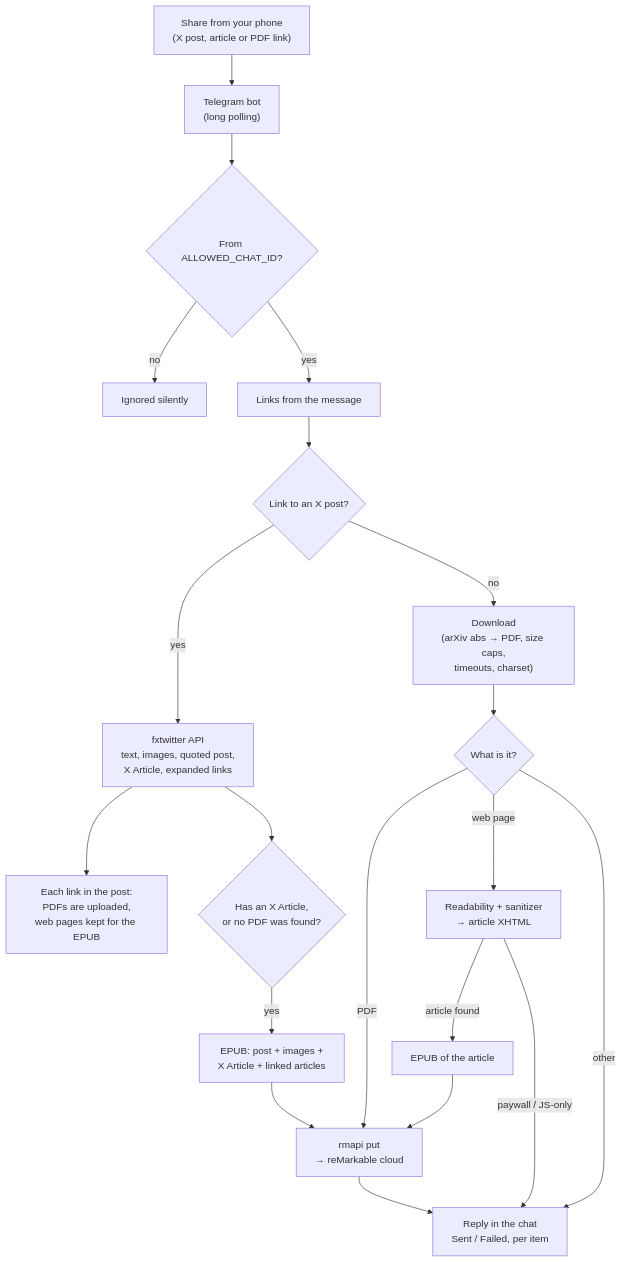
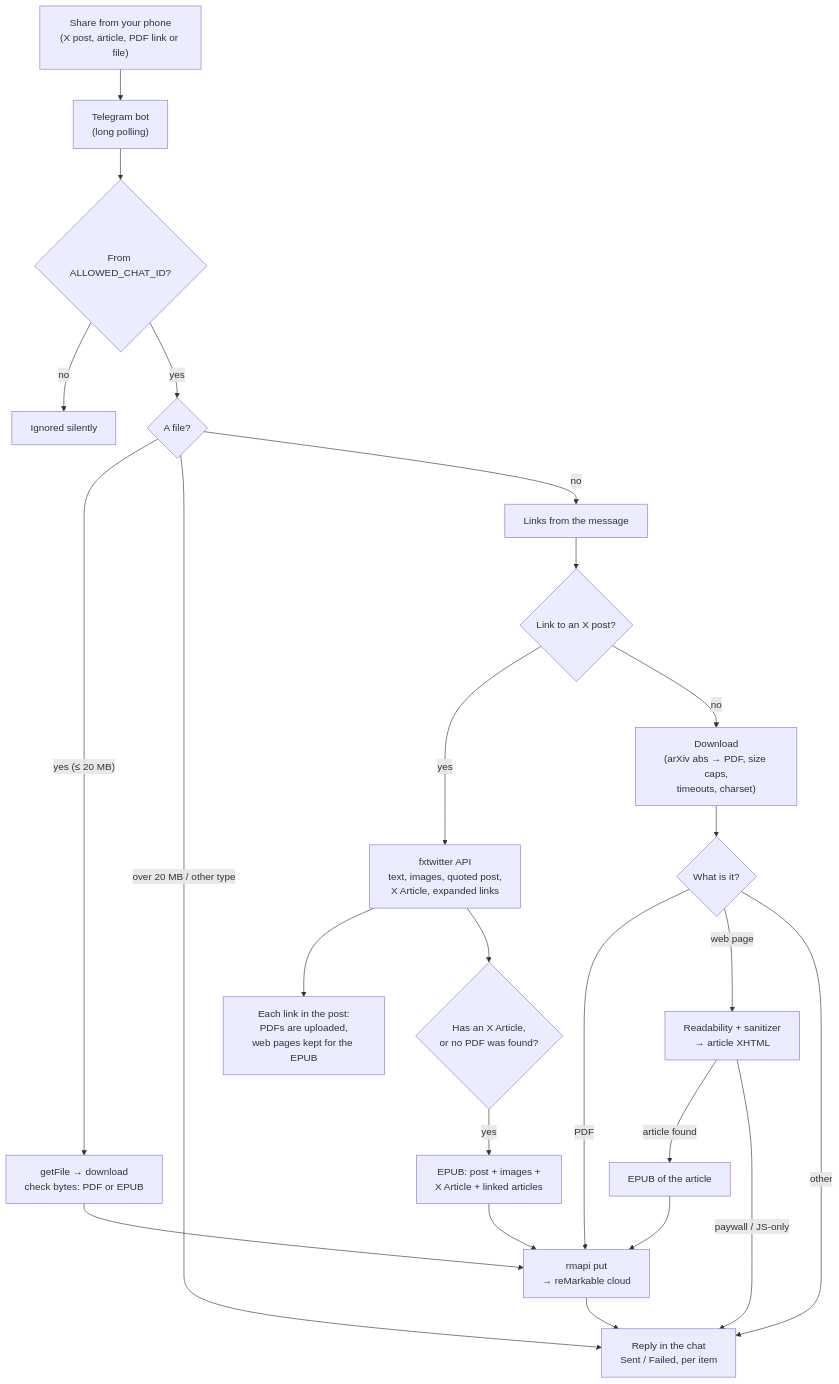
Before and after one commit to lucaslimafons/tweet2remarkable: the first of 2 diagrams in README.md, drawn with Mermaid. The commit also changed other lines of this file, not shown here.

Commit message:
docs: add files sent to the bot to the README

````diff
--- a/README.md
+++ b/README.md
@@ -11,24 +11,28 @@
 ```mermaid
 flowchart TD
-    share["Share from your phone<br/>(X post, article or PDF link)"] --> bot["Telegram bot<br/>(long polling)"]
+    share["Share from your phone<br/>(X post, article, PDF link or file)"] --> bot["Telegram bot<br/>(long polling)"]
     bot --> owner{"From ALLOWED_CHAT_ID?"}
     owner -- no --> ignore["Ignored silently"]
-    owner -- yes --> links["Links from the message"]
+    owner -- yes --> isFile{"A file?"}
+    isFile -- "yes (≤ 20 MB)" --> getFile["getFile → download<br/>check bytes: PDF or EPUB"]
+    getFile --> upload
+    isFile -- "over 20 MB / other type" --> reply
+    isFile -- "no" --> links["Links from the message"]
     links --> isX{"Link to an X post?"}
 
     isX -- yes --> fx["fxtwitter API<br/>text, images, quoted post,<br/>X Article, expanded links"]
     fx --> postLinks["Each link in the post:<br/>PDFs are uploaded,<br/>web pages kept for the EPUB"]
     fx --> wantEpub{"Has an X Article,<br/>or no PDF was found?"}
     wantEpub -- yes --> postEpub["EPUB: post + images +<br/>X Article + linked articles"]
     postEpub --> upload
 
     isX -- no --> download["Download<br/>(arXiv abs → PDF, size caps,<br/>timeouts, charset)"]
     download --> kind{"What is it?"}
     kind -- PDF --> upload["rmapi put<br/>→ reMarkable cloud"]
     kind -- web page --> readability["Readability + sanitizer<br/>→ article XHTML"]
     readability -- "article found" --> articleEpub["EPUB of the article"]
     readability -- "paywall / JS-only" --> reply
     articleEpub --> upload
     kind -- other --> reply
     upload --> reply["Reply in the chat<br/>Sent / Failed, per item"]
 ```
````
